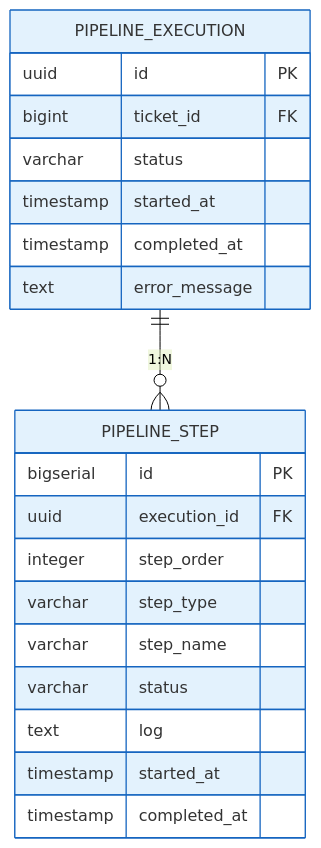
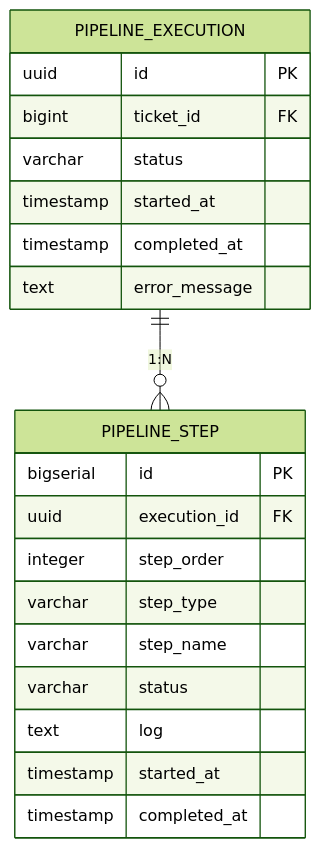
Before and after one commit to scofe97/Redpanda-PlayGround: the first of 6 diagrams in docs/review/02-pipeline.md, drawn with Mermaid (forest theme). The commit also changed 2 other files, not shown here.

Commit message:
docs: backend-deep-dive 토픽 분리 반영 및 review 문서 정리

````diff
--- a/docs/review/02-pipeline.md
+++ b/docs/review/02-pipeline.md
@@ -25,26 +25,23 @@
 ```mermaid
 erDiagram
     PIPELINE_EXECUTION ||--o{ PIPELINE_STEP : "1:N"
     PIPELINE_EXECUTION {
         uuid id PK
         bigint ticket_id FK
         varchar status
         timestamp started_at
         timestamp completed_at
         text error_message
     }
     PIPELINE_STEP {
         bigserial id PK
         uuid execution_id FK
         integer step_order
         varchar step_type
         varchar step_name
         varchar status
         text log
         timestamp started_at
         timestamp completed_at
     }
-
-    style PIPELINE_EXECUTION fill:#e3f2fd,stroke:#1565c0,color:#333
-    style PIPELINE_STEP fill:#e3f2fd,stroke:#1565c0,color:#333
 ```
````
